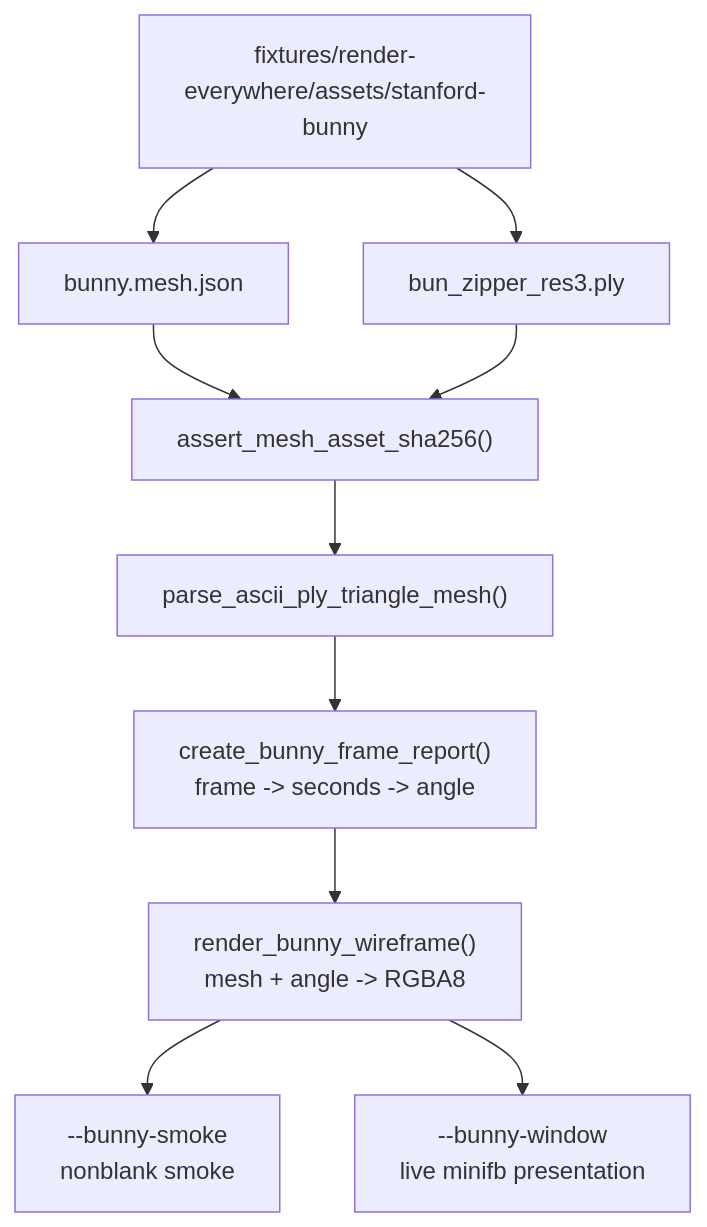
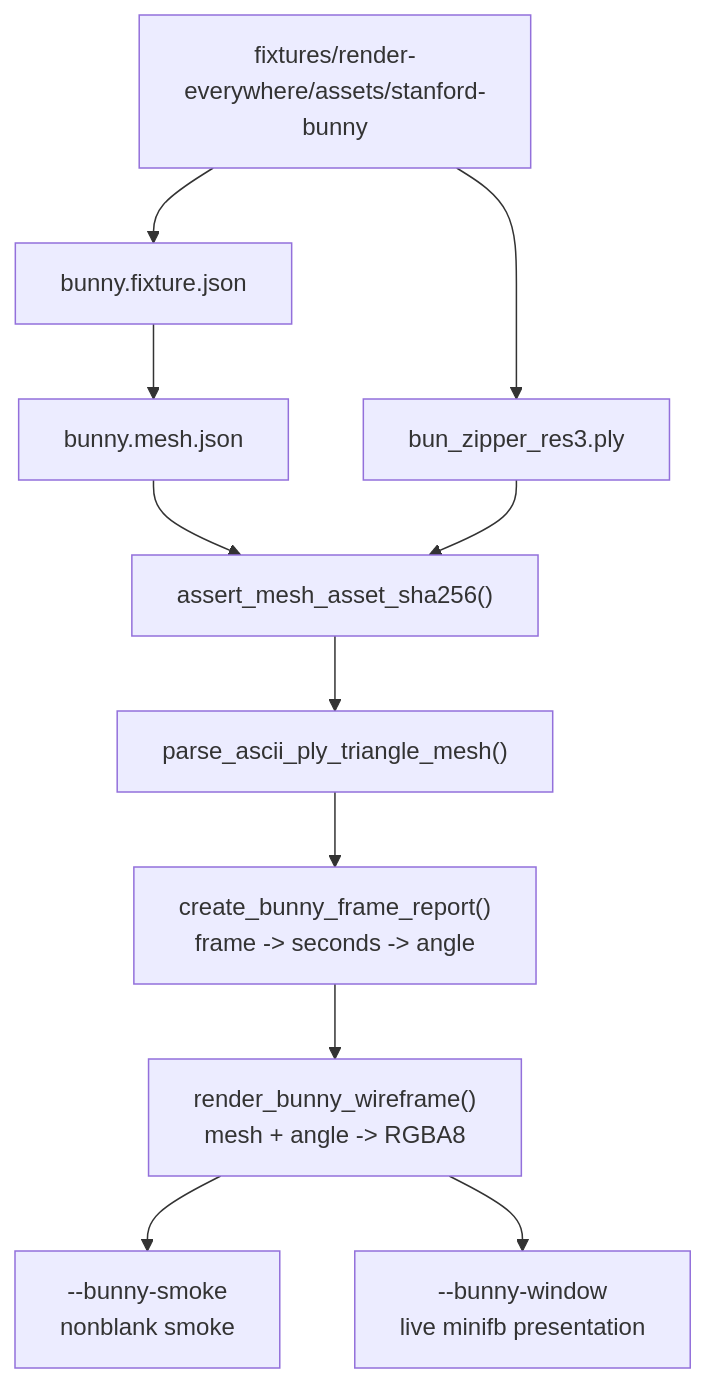
One commit to flyingrobots/geordi changed diagram 19 of 26 in docs/end-to-end.md. Above: the diagram before and after it, drawn with Mermaid. The commit also changed other lines of this file and 11 other files, not shown here.

````diff
--- a/docs/end-to-end.md
+++ b/docs/end-to-end.md
@@ -938,19 +949,20 @@
 ```mermaid
 flowchart TD
   AssetDir["fixtures/render-everywhere/assets/stanford-bunny"]
+  Fixture["bunny.fixture.json"]
   Manifest["bunny.mesh.json"]
   Ply["bun_zipper_res3.ply"]
   Hash["assert_mesh_asset_sha256()"]
   Parse["parse_ascii_ply_triangle_mesh()"]
   Frame["create_bunny_frame_report()<br/>frame -> seconds -> angle"]
   Render["render_bunny_wireframe()<br/>mesh + angle -> RGBA8"]
   Smoke["--bunny-smoke<br/>nonblank smoke"]
   Window["--bunny-window<br/>live minifb presentation"]
 
-  AssetDir --> Manifest
+  AssetDir --> Fixture --> Manifest
   AssetDir --> Ply
   Manifest --> Hash
   Ply --> Hash --> Parse --> Frame --> Render
   Render --> Smoke
   Render --> Window
 ```
````
